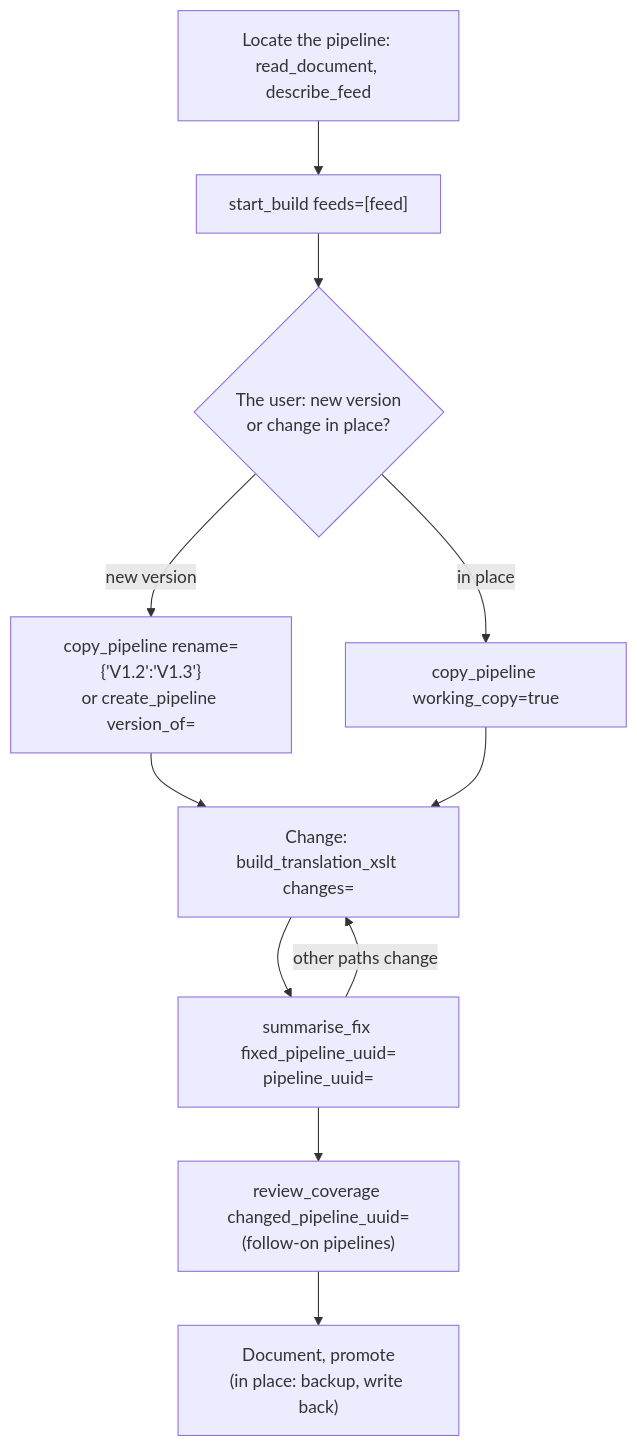
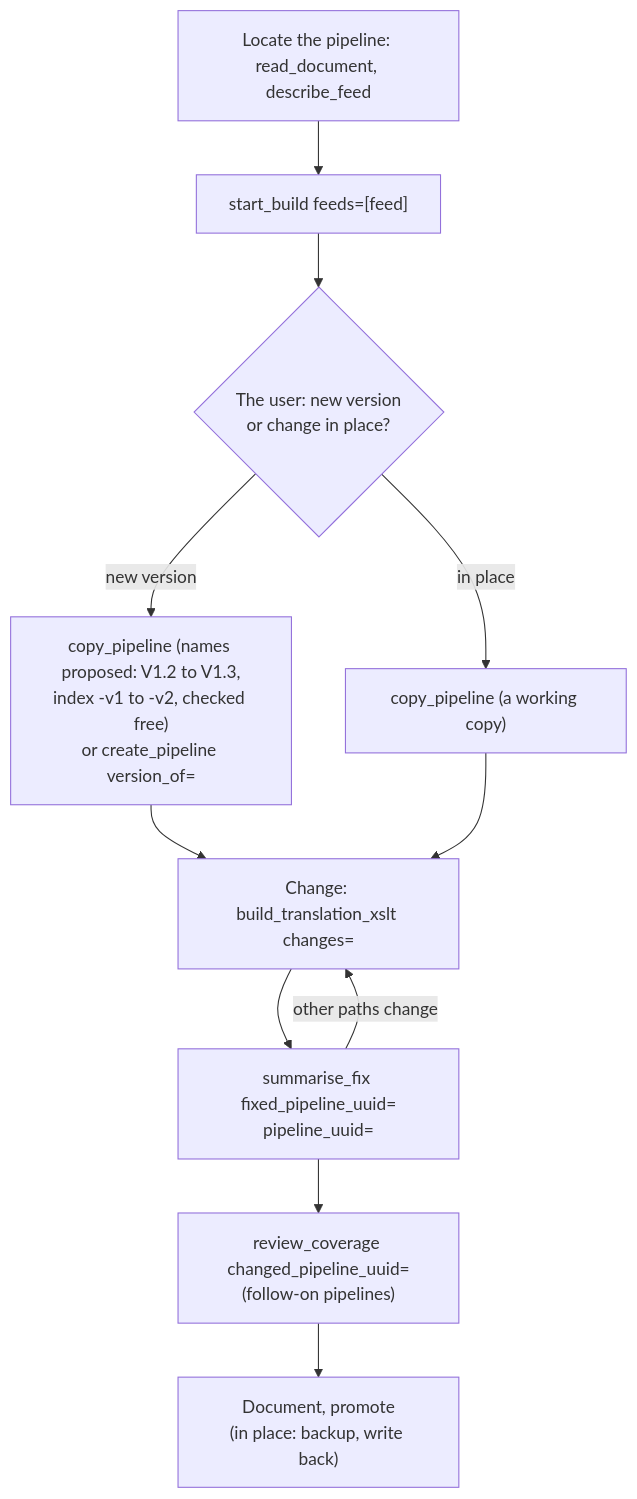
Before and after one commit to gchq/stroom: the fifth of 9 diagrams in stroom-ai/DESIGN.md, drawn with Mermaid. The commit also changed other lines of this file and 25 other files, not shown here.

First line of the commit message:
Never write into or drop a production Elasticsearch index; version promoted pipelines

````diff
--- a/stroom-ai/DESIGN.md
+++ b/stroom-ai/DESIGN.md
@@ -412,12 +412,12 @@
 ```mermaid
 flowchart TD
     A["Locate the pipeline: read_document, describe_feed"] --> B["start_build feeds=[feed]"]
     B --> C{"The user: new version<br/>or change in place?"}
-    C -- "new version" --> NV["copy_pipeline rename={'V1.2':'V1.3'}<br/>or create_pipeline version_of="]
-    C -- "in place" --> WC["copy_pipeline working_copy=true"]
+    C -- "new version" --> NV["copy_pipeline (names proposed: V1.2 to V1.3,<br/>index -v1 to -v2, checked free)<br/>or create_pipeline version_of="]
+    C -- "in place" --> WC["copy_pipeline (a working copy)"]
     NV & WC --> D["Change: build_translation_xslt changes="]
     D --> E["summarise_fix fixed_pipeline_uuid=<copy><br/>pipeline_uuid=<original>"]
     E -- "other paths change" --> D
     E --> F["review_coverage changed_pipeline_uuid=<br/>(follow-on pipelines)"]
     F --> G["Document, promote<br/>(in place: backup, write back)"]
 ```
````
